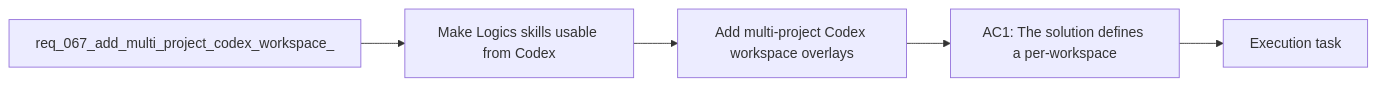
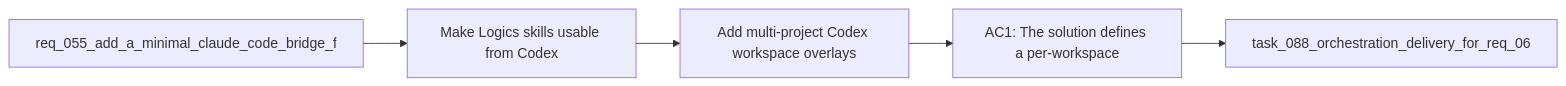
One commit to AlexAgo83/logics-manager changed the diagram in logics/backlog/item_090_add_multi_project_codex_workspace_overlays_for_logics_skills.md. Above: the diagram before and after it, drawn with Mermaid. The commit also changed other lines of this file and 481 other files, not shown here.

````diff
--- a/logics/backlog/item_090_add_multi_project_codex_workspace_overlays_for_logics_skills.md
+++ b/logics/backlog/item_090_add_multi_project_codex_workspace_overlays_for_logics_skills.md
@@ -22,9 +22,9 @@
 ```mermaid
 %% logics-kind: backlog
 %% logics-signature: backlog|add-multi-project-codex-workspace-overla|req-055-add-a-minimal-claude-code-bridge|make-logics-skills-usable-from-codex|ac1-the-solution-defines-a-per-workspace
 flowchart LR
-    Request[req_067_add_multi_project_codex_workspace_] --> Problem[Make Logics skills usable from Codex]
+    Request[req_055_add_a_minimal_claude_code_bridge_f] --> Problem[Make Logics skills usable from Codex]
     Problem --> Scope[Add multi-project Codex workspace overlays]
     Scope --> Acceptance[AC1: The solution defines a per-workspace]
-    Acceptance --> Tasks[Execution task]
+    Acceptance --> Tasks[task_088_orchestration_delivery_for_req_06]
 ```
````
